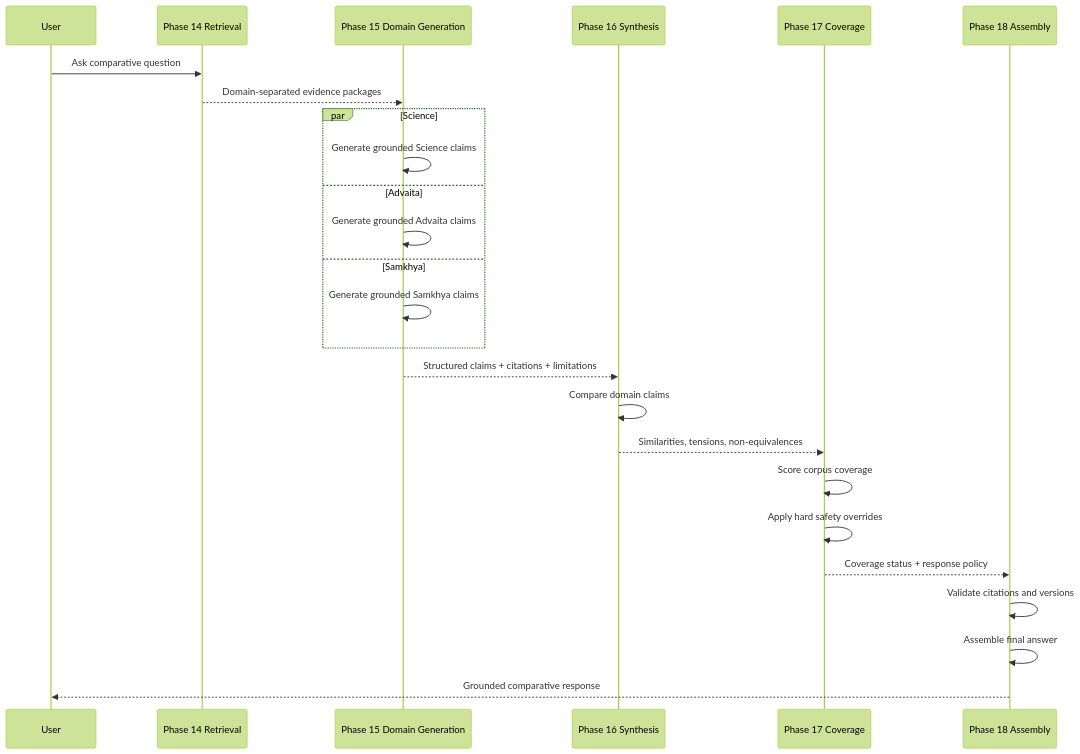
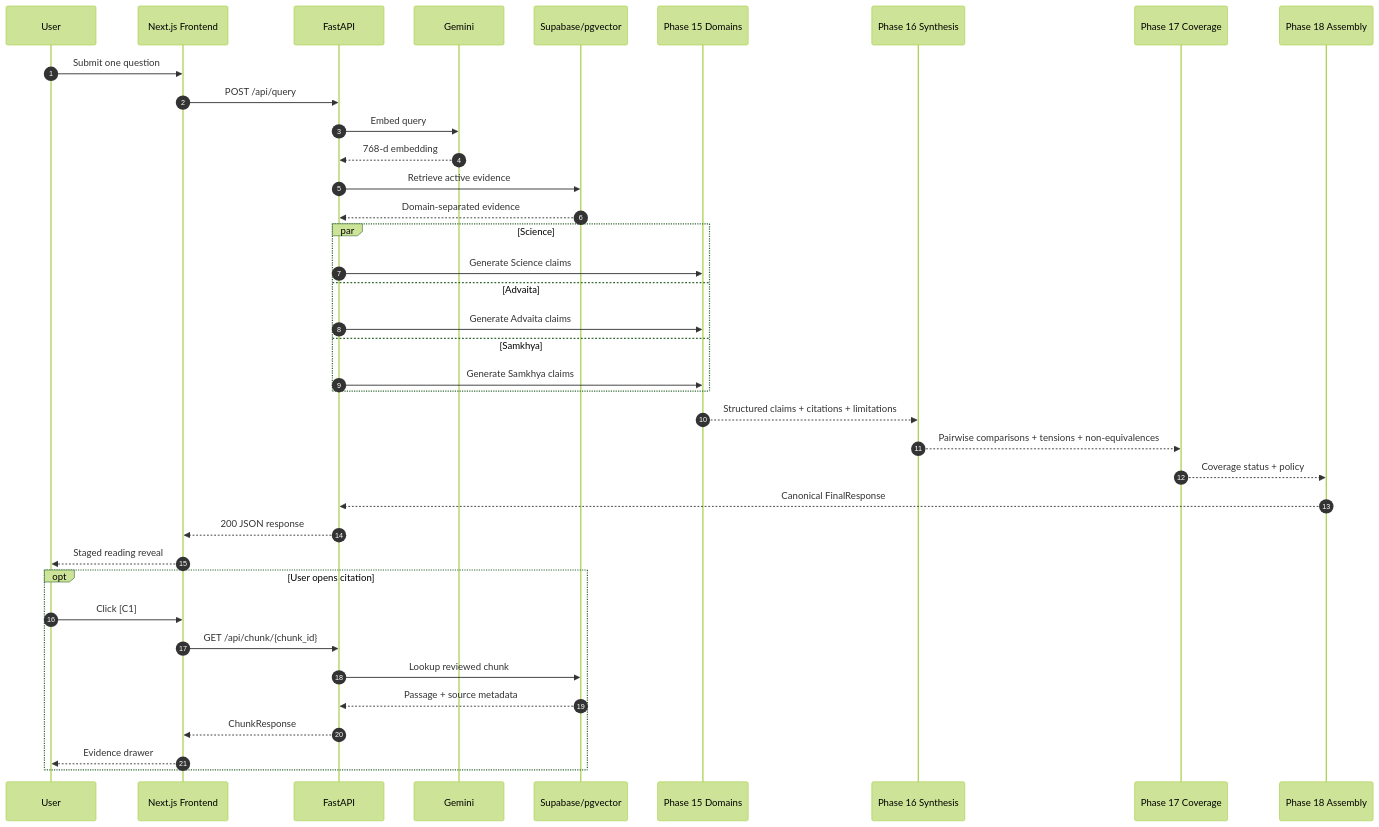
Before and after one commit to imAbhinav13/WTH-WhatTheHuman: the second of 8 diagrams in README.md, drawn with Mermaid (forest theme). The commit also changed other lines of this file, not shown here.

Commit message:
Refresh README with production architecture and frontend

````diff
--- a/README.md
+++ b/README.md
@@ -267,32 +313,44 @@
 ```mermaid
 sequenceDiagram
+    autonumber
     participant U as User
-    participant R as Phase 14 Retrieval
-    participant G15 as Phase 15 Domain Generation
-    participant G16 as Phase 16 Synthesis
-    participant C17 as Phase 17 Coverage
-    participant A18 as Phase 18 Assembly
+    participant F as Next.js Frontend
+    participant A as FastAPI
+    participant G as Gemini
+    participant S as Supabase/pgvector
+    participant D as Phase 15 Domains
+    participant Y as Phase 16 Synthesis
+    participant C as Phase 17 Coverage
+    participant R as Phase 18 Assembly
 
-    U->>R: Ask comparative question
-    R-->>G15: Domain-separated evidence packages
+    U->>F: Submit one question
+    F->>A: POST /api/query
+    A->>G: Embed query
+    G-->>A: 768-d embedding
+    A->>S: Retrieve active evidence
+    S-->>A: Domain-separated evidence
 
     par Science
-        G15->>G15: Generate grounded Science claims
+        A->>D: Generate Science claims
     and Advaita
-        G15->>G15: Generate grounded Advaita claims
+        A->>D: Generate Advaita claims
     and Samkhya
-        G15->>G15: Generate grounded Samkhya claims
+        A->>D: Generate Samkhya claims
     end
 
-    G15-->>G16: Structured claims + citations + limitations
-    G16->>G16: Compare domain claims
-    G16-->>C17: Similarities, tensions, non-equivalences
+    D-->>Y: Structured claims + citations + limitations
+    Y-->>C: Pairwise comparisons + tensions + non-equivalences
+    C-->>R: Coverage status + policy
+    R-->>A: Canonical FinalResponse
+    A-->>F: 200 JSON response
+    F-->>U: Staged reading reveal
 
-    C17->>C17: Score corpus coverage
-    C17->>C17: Apply hard safety overrides
-    C17-->>A18: Coverage status + response policy
-
-    A18->>A18: Validate citations and versions
-    A18->>A18: Assemble final answer
-    A18-->>U: Grounded comparative response
+    opt User opens citation
+        U->>F: Click [C1]
+        F->>A: GET /api/chunk/{chunk_id}
+        A->>S: Lookup reviewed chunk
+        S-->>A: Passage + source metadata
+        A-->>F: ChunkResponse
+        F-->>U: Evidence drawer
+    end
 ```
````
